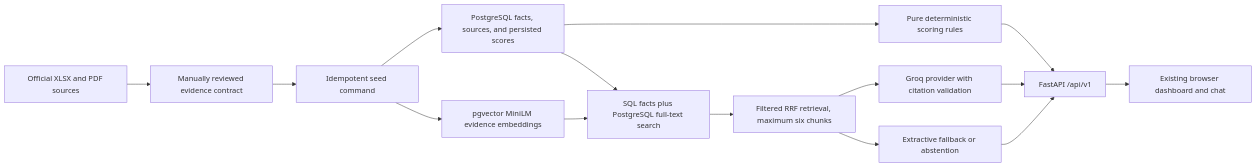
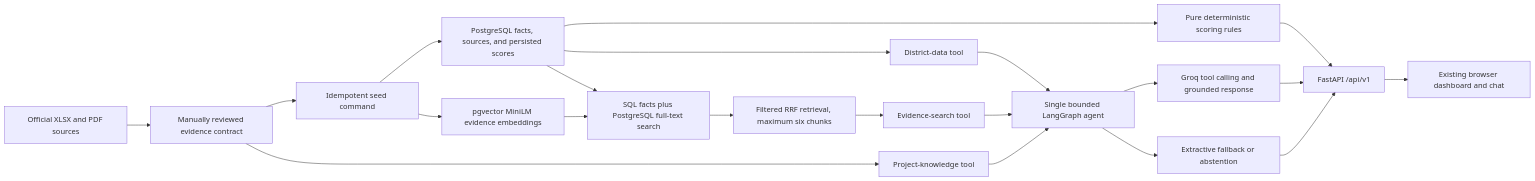
The diagram in docs/ARCHITECTURE.md (HassanSardar525/GPIS), drawn with Mermaid before and after one commit. The commit also changed other lines of this file and 9 other files, not shown here.

Commit message:
Add LangGraph tool-using RAG agent

````diff
--- a/docs/ARCHITECTURE.md
+++ b/docs/ARCHITECTURE.md
@@ -5,17 +5,23 @@
 ```mermaid
 flowchart LR
     S["Official XLSX and PDF sources"] --> C["Manually reviewed evidence contract"]
     C --> D["Idempotent seed command"]
     D --> P["PostgreSQL facts, sources, and persisted scores"]
     D --> V["pgvector MiniLM evidence embeddings"]
     P --> E["Pure deterministic scoring rules"]
     P --> H["SQL facts plus PostgreSQL full-text search"]
     V --> H
     H --> R["Filtered RRF retrieval, maximum six chunks"]
-    R --> G["Groq provider with citation validation"]
-    R --> F["Extractive fallback or abstention"]
+    P --> T["District-data tool"]
+    R --> V2["Evidence-search tool"]
+    C --> K["Project-knowledge tool"]
+    T --> L["Single bounded LangGraph agent"]
+    V2 --> L
+    K --> L
+    L --> G["Groq tool calling and grounded response"]
+    L --> F["Extractive fallback or abstention"]
     E --> A["FastAPI /api/v1"]
     G --> A
     F --> A
     A --> U["Existing browser dashboard and chat"]
 ```
````
